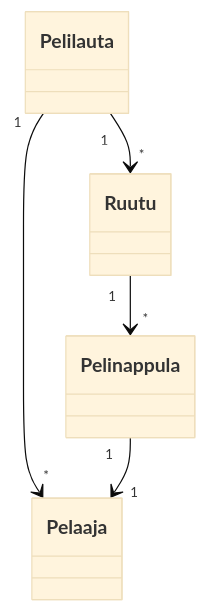
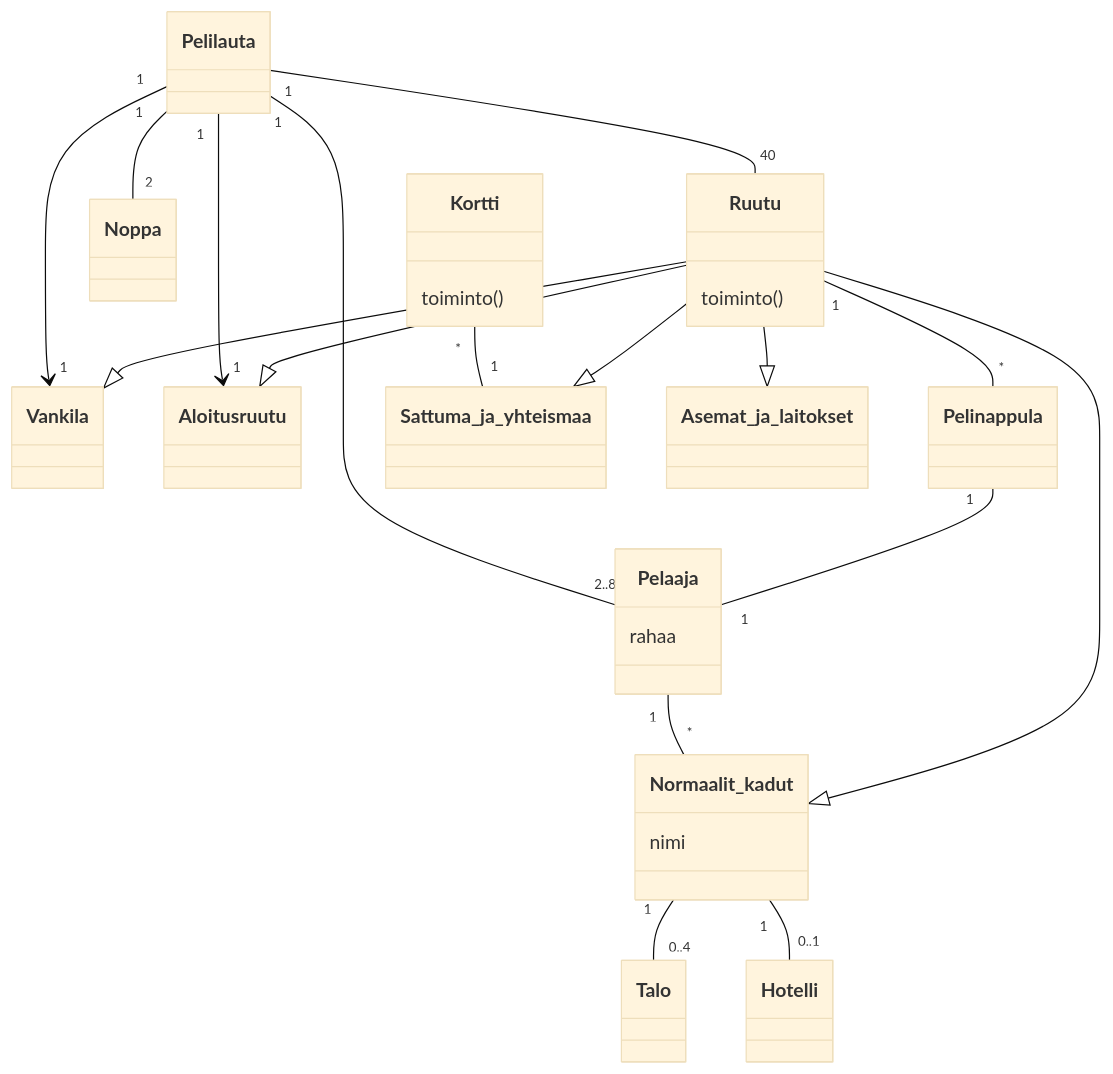
Before and after one commit to LottaHyppyra/ot-harjoitustyo: the diagram in laskarit/viikko3/monopoli_kaavio.md, drawn with Mermaid (base theme).

Commit message:
kaavio päivitetty

````diff
--- a/laskarit/viikko3/monopoli_kaavio.md
+++ b/laskarit/viikko3/monopoli_kaavio.md
@@ -1,15 +1,35 @@
 ```mermaid
  classDiagram
-      Pelilauta "1" --> "*" Pelaaja
-      Pelilauta "1" --> "*" Ruutu
-      Ruutu "1" --> "*" Pelinappula
-      Pelinappula "1" --> "1" Pelaaja
-      class Pelilauta{
+      Pelilauta "1" -- "2..8" Pelaaja
+      Pelilauta "1" -- "40" Ruutu
+      Pelilauta "1" -- "2" Noppa
+      Pelilauta "1" --> "1" Vankila
+      Pelilauta "1" --> "1" Aloitusruutu 
+      Ruutu "1" -- "*" Pelinappula
+      Pelinappula "1" -- "1" Pelaaja
+      Pelaaja "1" -- "*" Normaalit_kadut
+      Normaalit_kadut "1" -- "0..4" Talo
+      Normaalit_kadut "1" -- "0..1" Hotelli
+      Kortti "*" -- "1" Sattuma_ja_yhteismaa
+      Ruutu --|> Aloitusruutu
+      Ruutu --|> Vankila
+      Ruutu --|> Sattuma_ja_yhteismaa
+      Ruutu --|> Asemat_ja_laitokset
+      Ruutu --|> Normaalit_kadut
+      
+      
+      
+      
+      class Kortti{
+          toiminto()
       }
       class Pelaaja{
+          rahaa
       }
       class Ruutu{
+          toiminto()
       }
-      class Pelinappula{
+      class Normaalit_kadut{
+          nimi
       }
 ```
````
